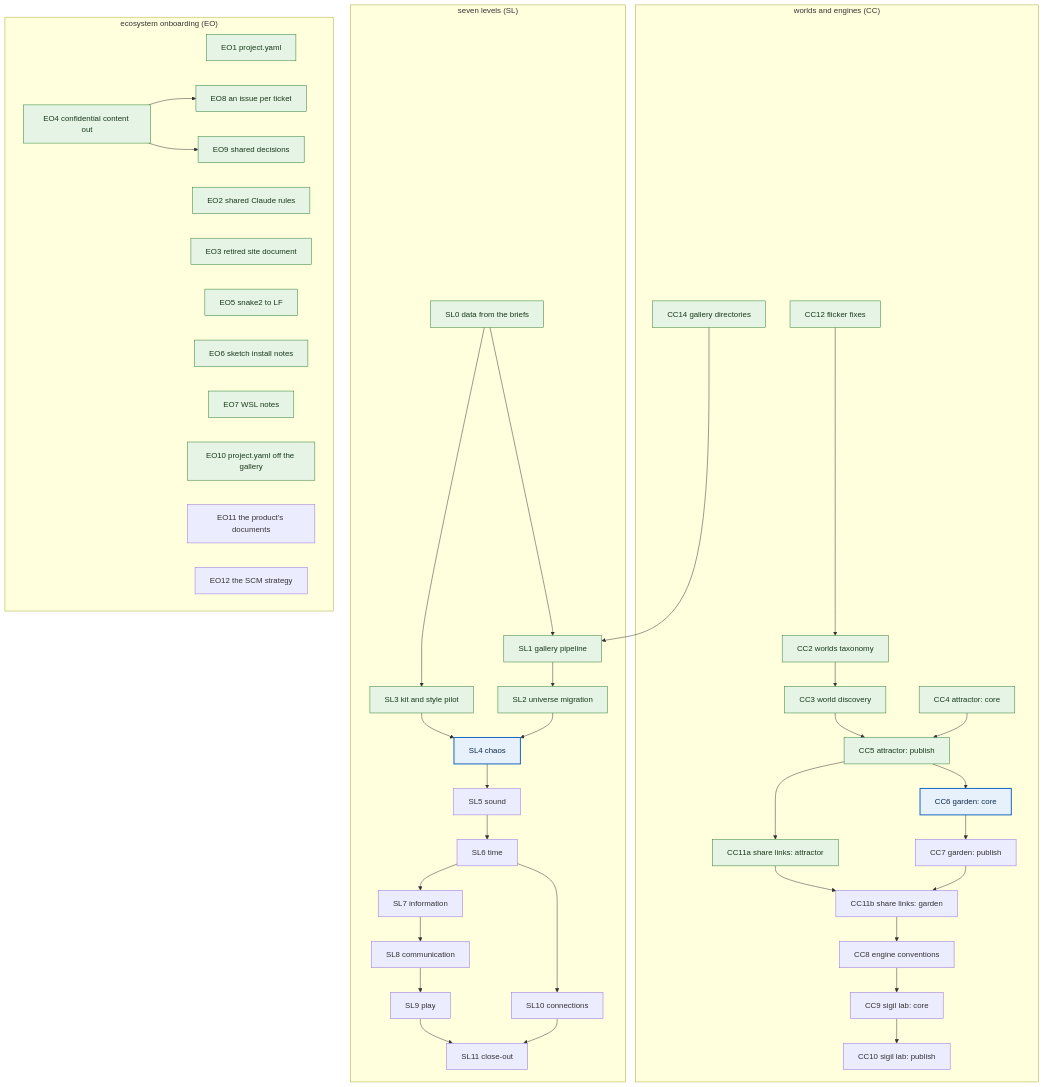
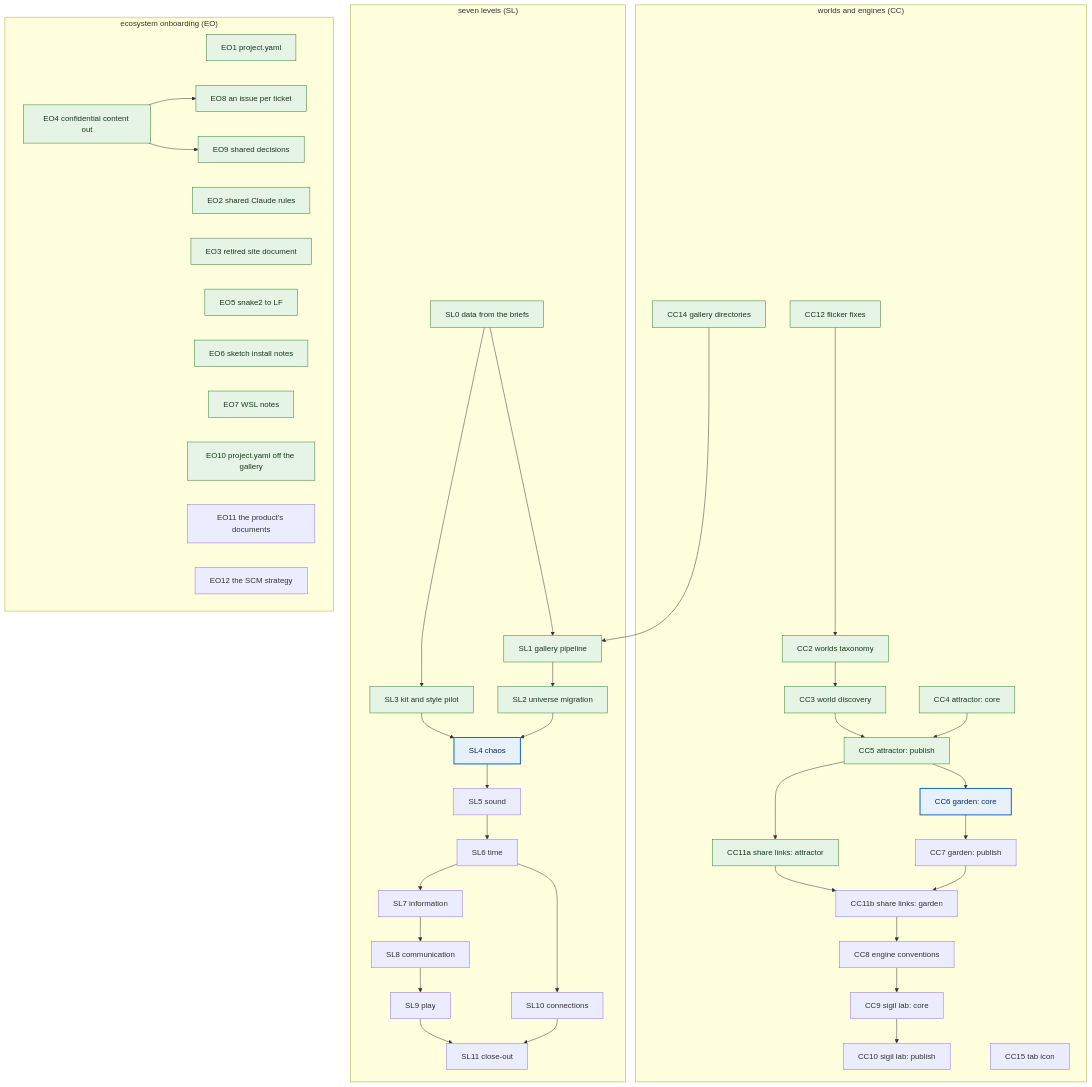
The diagram in dev_plan.md (eigenomarksamy/creative_coding), drawn with Mermaid before and after one commit. The commit also changed other lines of this file, not shown here.

Commit message:
plan cc15, the ecosystem's tab icon on every gallery page

````diff
--- a/dev_plan.md
+++ b/dev_plan.md
@@ -40,53 +40,54 @@
 ```mermaid
 flowchart TD
   %% when a ticket ships, add it to the done class, move the next class to its lane's next ticket, and update the lanes table above
   subgraph CCL["worlds and engines (CC)"]
     CC12["CC12 flicker fixes"] --> CC2["CC2 worlds taxonomy"]
     CC2 --> CC3["CC3 world discovery"]
     CC3 --> CC5["CC5 attractor: publish"]
     CC4["CC4 attractor: core"] --> CC5
     CC5 --> CC11a["CC11a share links: attractor"]
     CC5 --> CC6["CC6 garden: core"]
     CC6 --> CC7["CC7 garden: publish"]
     CC11a --> CC11b["CC11b share links: garden"]
     CC7 --> CC11b
     CC11b --> CC8["CC8 engine conventions"]
     CC8 --> CC9["CC9 sigil lab: core"]
     CC9 --> CC10["CC10 sigil lab: publish"]
     CC14["CC14 gallery directories"]
+    CC15["CC15 tab icon"]
   end
   subgraph SLL["seven levels (SL)"]
     SL0["SL0 data from the briefs"] --> SL1["SL1 gallery pipeline"]
     SL0 --> SL3["SL3 kit and style pilot"]
     SL1 --> SL2["SL2 universe migration"]
     SL3 --> SL4["SL4 chaos"]
     SL2 --> SL4
     SL4 --> SL5["SL5 sound"]
     SL5 --> SL6["SL6 time"]
     SL6 --> SL7["SL7 information"]
     SL7 --> SL8["SL8 communication"]
     SL8 --> SL9["SL9 play"]
     SL6 --> SL10["SL10 connections"]
     SL9 --> SL11["SL11 close-out"]
     SL10 --> SL11
   end
   subgraph EOL["ecosystem onboarding (EO)"]
     EO1["EO1 project.yaml"]
     EO2["EO2 shared Claude rules"]
     EO3["EO3 retired site document"]
     EO4["EO4 confidential content out"] --> EO8["EO8 an issue per ticket"]
     EO4 --> EO9["EO9 shared decisions"]
     EO5["EO5 snake2 to LF"]
     EO6["EO6 sketch install notes"]
     EO7["EO7 WSL notes"]
     EO10["EO10 project.yaml off the gallery"]
     EO11["EO11 the product's documents"]
     EO12["EO12 the SCM strategy"]
   end
   CC14 --> SL1
 
   classDef done fill:#e5f4e4,stroke:#2e7d32,color:#1b3a1d
   classDef next fill:#e7f1fb,stroke:#1565c0,stroke-width:2px,color:#0d2b4e
   class CC12,CC2,CC3,CC4,CC14,CC5,CC11a,SL0,SL1,SL2,SL3,EO1,EO4,EO2,EO3,EO9,EO8,EO5,EO6,EO7,EO10 done
   class CC6,SL4 next
 ```
````
